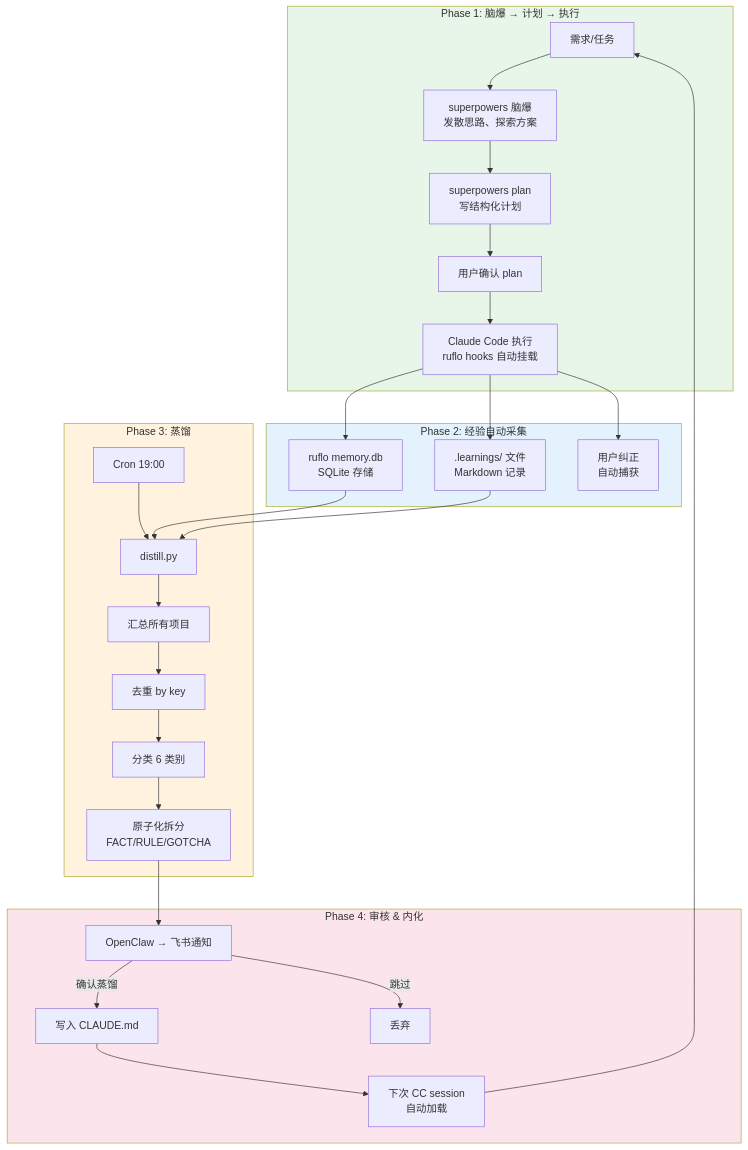
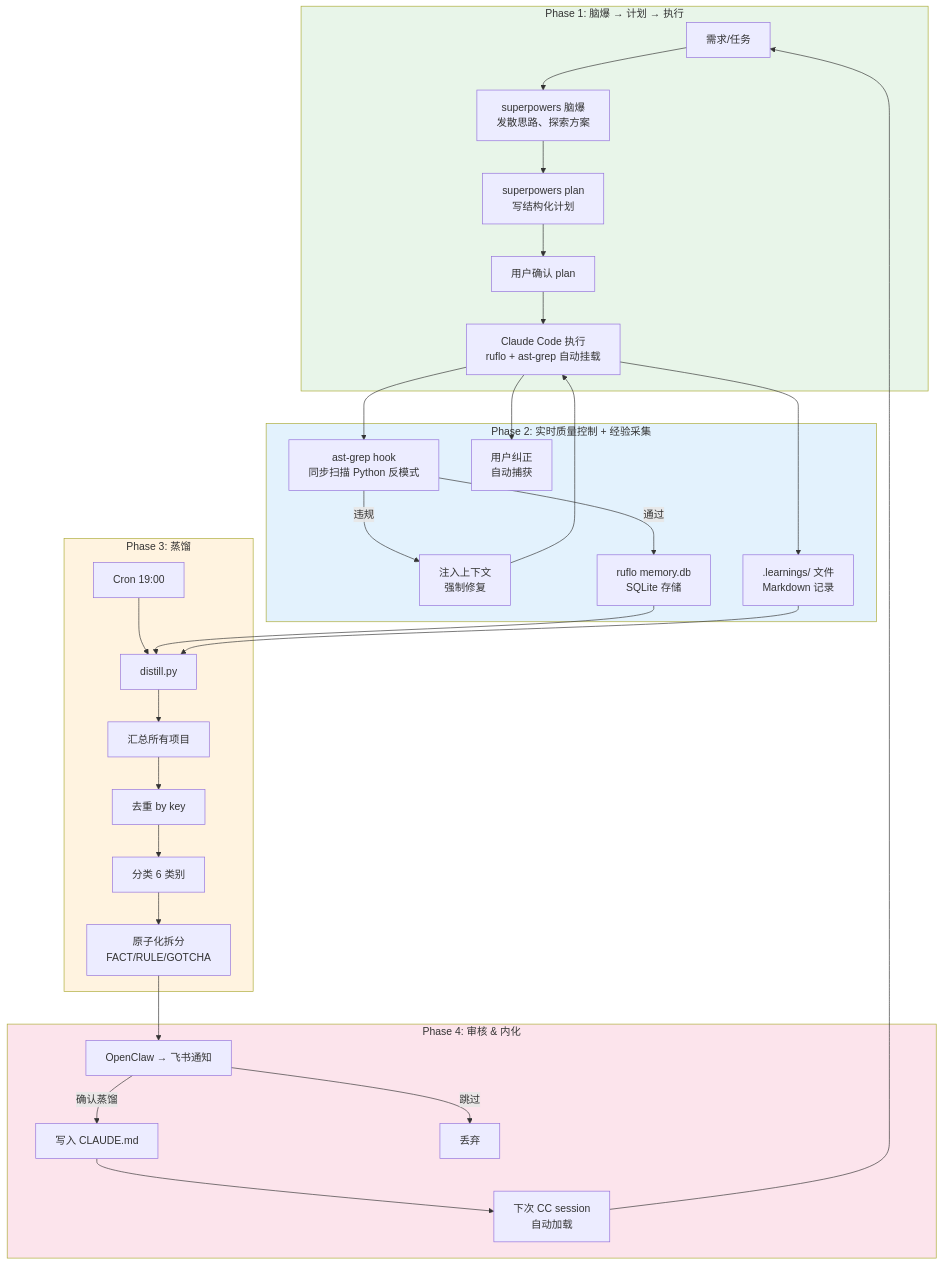
The first of 4 diagrams in diagrams/workflow.md (yaofuhong0311/ai-coding-workflow), drawn with Mermaid before and after one commit. The commit also changed other lines of this file and 4 other files, not shown here.

First line of the commit message:
docs: add ast-grep mechanical enforcement and three-layer defense model

````diff
--- a/diagrams/workflow.md
+++ b/diagrams/workflow.md
@@ -5,38 +5,41 @@
 ```mermaid
 flowchart TD
     subgraph Phase1["Phase 1: 脑爆 → 计划 → 执行"]
         A[需求/任务] --> B[superpowers 脑爆<br/>发散思路、探索方案]
         B --> C[superpowers plan<br/>写结构化计划]
         C --> D[用户确认 plan]
-        D --> E[Claude Code 执行<br/>ruflo hooks 自动挂载]
+        D --> E[Claude Code 执行<br/>ruflo + ast-grep 自动挂载]
     end
 
-    subgraph Phase2["Phase 2: 经验自动采集"]
-        E --> F[ruflo memory.db<br/>SQLite 存储]
+    subgraph Phase2["Phase 2: 实时质量控制 + 经验采集"]
+        E --> F1[ast-grep hook<br/>同步扫描 Python 反模式]
+        F1 -->|违规| F2[注入上下文<br/>强制修复]
+        F2 --> E
+        F1 -->|通过| F[ruflo memory.db<br/>SQLite 存储]
         E --> G[.learnings/ 文件<br/>Markdown 记录]
         E --> H[用户纠正<br/>自动捕获]
     end
 
     subgraph Phase3["Phase 3: 蒸馏"]
         I[Cron 19:00] --> J[distill.py]
         F --> J
         G --> J
         J --> K[汇总所有项目]
         K --> L[去重 by key]
         L --> M[分类 6 类别]
         M --> N[原子化拆分<br/>FACT/RULE/GOTCHA]
     end
 
     subgraph Phase4["Phase 4: 审核 & 内化"]
         N --> O[OpenClaw → 飞书通知]
         O -->|确认蒸馏| P[写入 CLAUDE.md]
         O -->|跳过| Q[丢弃]
         P --> R[下次 CC session<br/>自动加载]
         R --> A
     end
 
     style Phase1 fill:#e8f5e9
     style Phase2 fill:#e3f2fd
     style Phase3 fill:#fff3e0
     style Phase4 fill:#fce4ec
 ```
````
